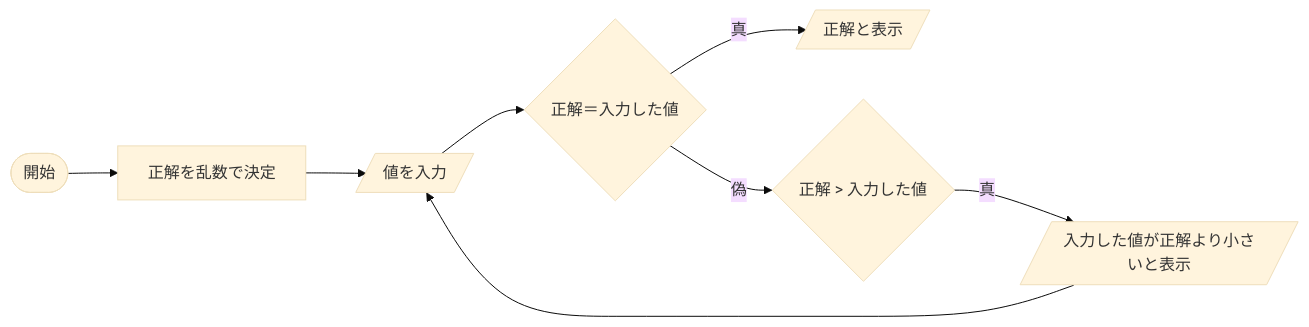
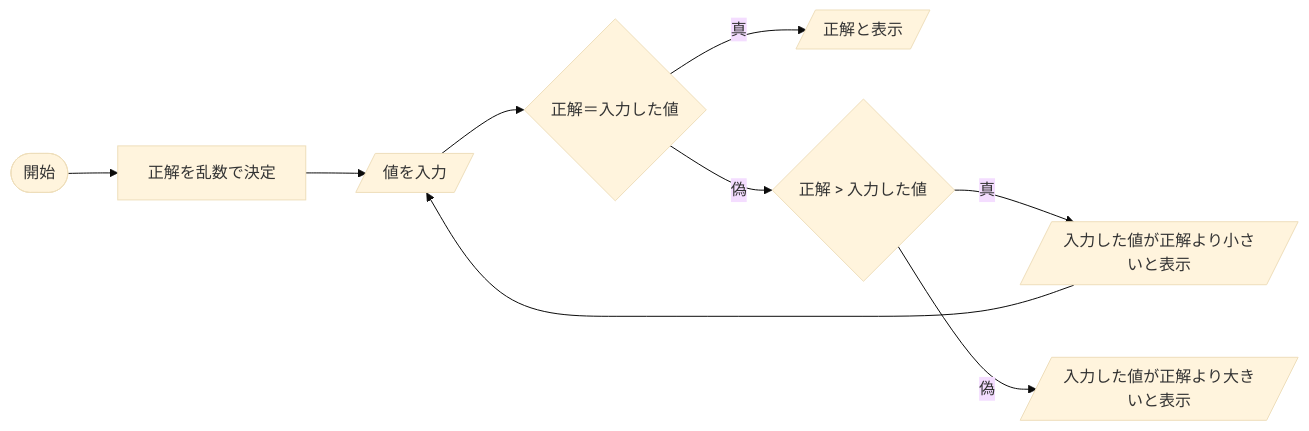
The diagram in README.md (tpu-game-2022/mermaid_test), drawn with Mermaid (base theme) before and after one commit.

````diff
--- a/README.md
+++ b/README.md
@@ -20,10 +20,11 @@
 ```mermaid
 flowchart LR;
   A(["開始"]) --> B["正解を乱数で決定"];
   B --> C[/"値を入力"/]
   C --> D{"正解＝入力した値"}
   D --　真 --> E[/"正解と表示"/];
   D -- 偽--> G{"正解 > 入力した値"}
   G -- 真 --> H[/"入力した値が正解より小さいと表示"/]
   H --> C
+  G --偽 --> I[/"入力した値が正解より大きいと表示"/]
 ```
````
